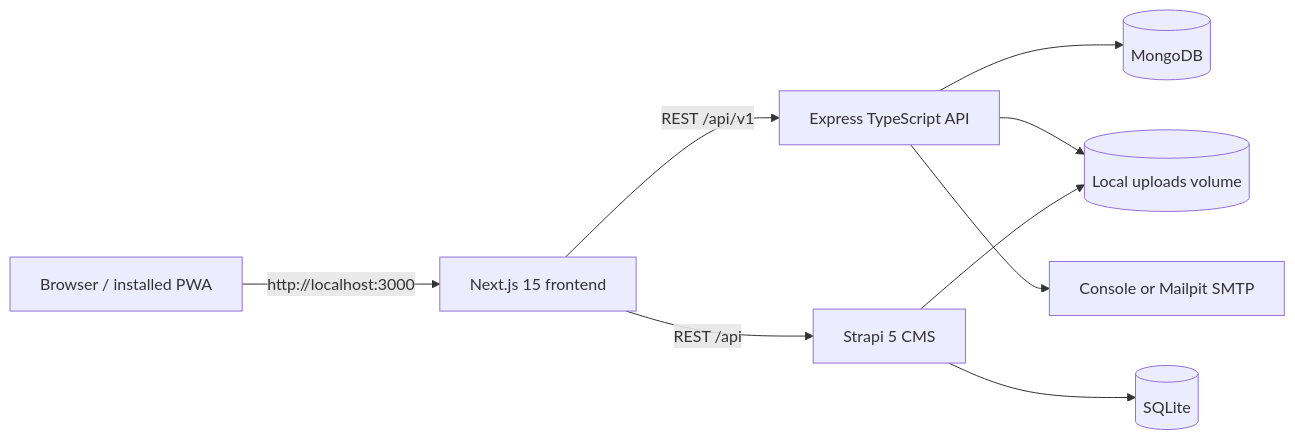
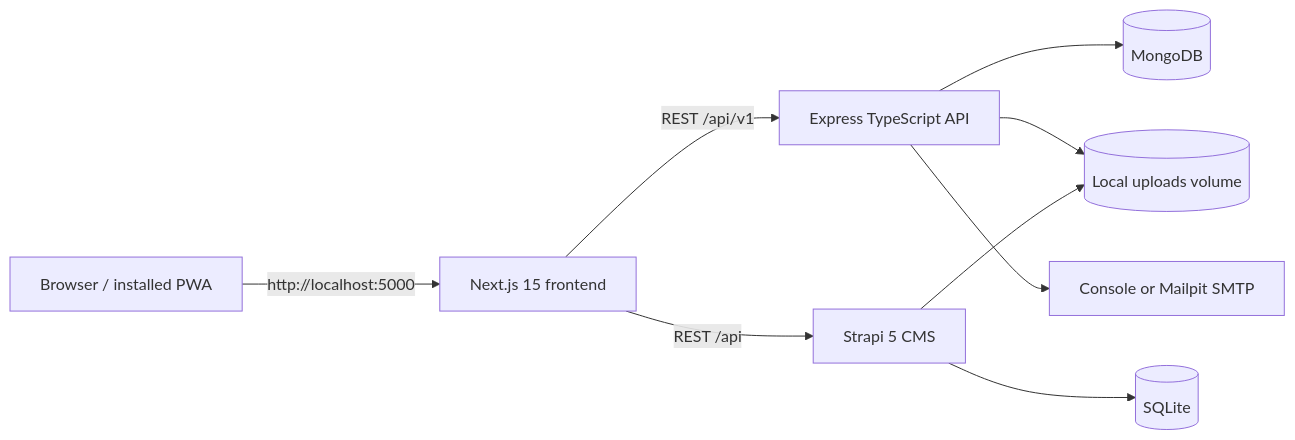
One commit to harshadsangle/Citis changed the diagram in citis-infotech/docs/architecture.md. Above: the diagram before and after it, drawn with Mermaid. The commit also changed 45 other files, not shown here.

````diff
--- a/citis-infotech/docs/architecture.md
+++ b/citis-infotech/docs/architecture.md
@@ -18,20 +18,20 @@
 ```mermaid
 flowchart LR
     U[Browser / installed PWA]
     FE[Next.js 15 frontend]
     API[Express TypeScript API]
     CMS[Strapi 5 CMS]
     M[(MongoDB)]
     P[(SQLite)]
     Disk[(Local uploads volume)]
     Mail[Console or Mailpit SMTP]
 
-    U -->|http://localhost:3000| FE
+    U -->|http://localhost:5000| FE
     FE -->|REST /api/v1| API
     FE -->|REST /api| CMS
     API --> M
     API --> Disk
     API --> Mail
     CMS --> P
     CMS --> Disk
 ```
````
